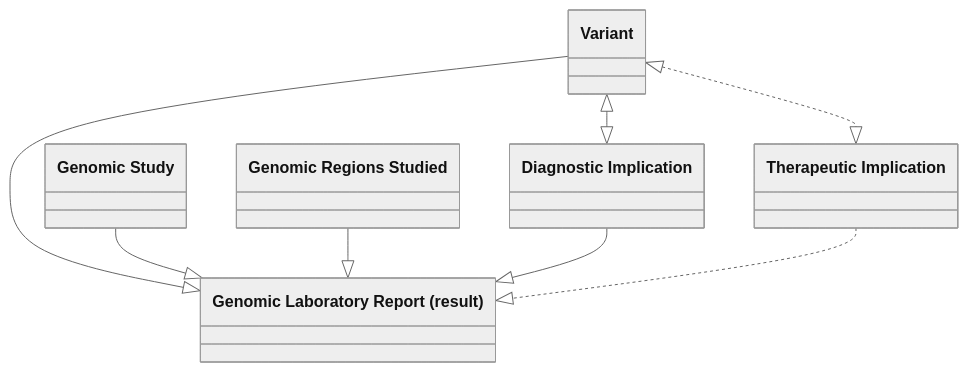
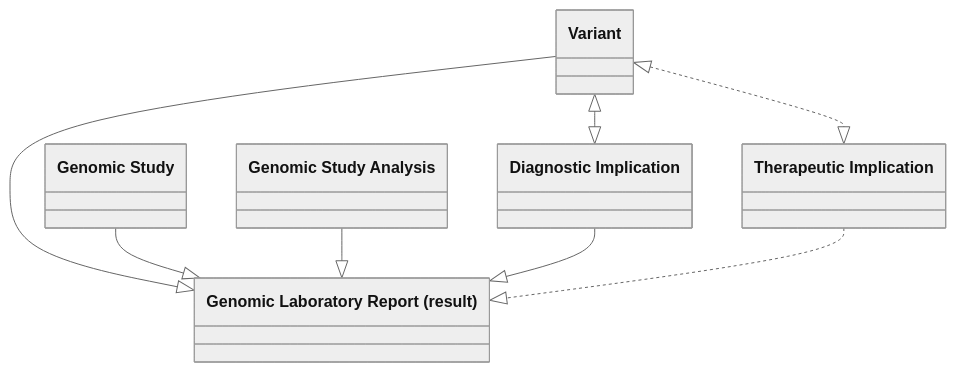
Before and after one commit to uk-gov-mirror/nw-gmsa.nw-gmsa.github.com: the diagram in input/intro-notes/Questionnaire-GenomicTestReport-intro.md, drawn with Mermaid (neutral theme). The commit also changed other lines of this file and 1 other file, not shown here.

````diff
--- a/input/intro-notes/Questionnaire-GenomicTestReport-intro.md
+++ b/input/intro-notes/Questionnaire-GenomicTestReport-intro.md
@@ -51,17 +51,17 @@
 ```mermaid
 classDiagram
     class GenomicReport["Genomic Laboratory Report (result)"]
     class Variant
     class GenomicStudy["Genomic Study"]
     class DiagnosticImplication["Diagnostic Implication"]
     class TherapeuticImplication["Therapeutic Implication"]
-    class GenomicRegion["Genomic Regions Studied"]
+    class GenomicStudyAnalysis["Genomic Study Analysis"]
 
     Variant --|> GenomicReport 
     GenomicStudy --|> GenomicReport
-    GenomicRegion --|> GenomicReport
+    GenomicStudyAnalysis --|> GenomicReport
     DiagnosticImplication --|> GenomicReport
     TherapeuticImplication ..|> GenomicReport
     Variant <|--|> DiagnosticImplication
     Variant <|..|> TherapeuticImplication
 ```
````
